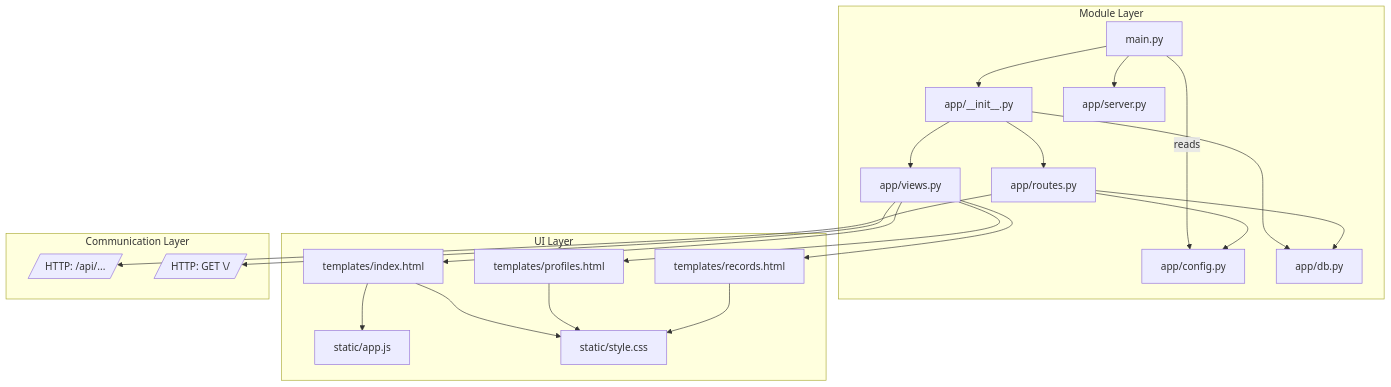
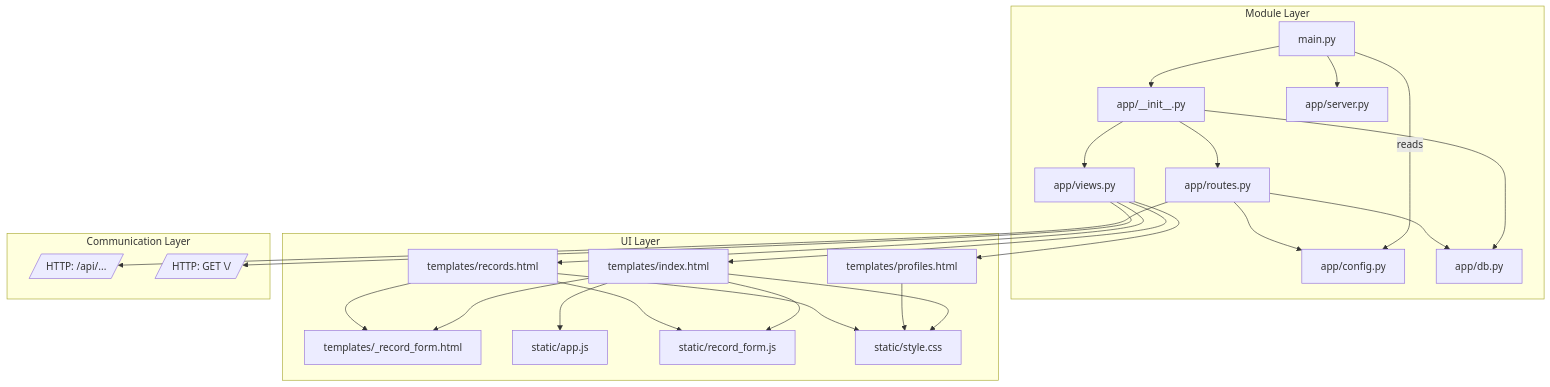
Before and after one commit to kittawat-thongpud/SSH_log_tools: the diagram in docs/module-architecture.md, drawn with Mermaid. The commit also changed 7 other files, not shown here.

Commit message:
refactor: extract reusable record form

````diff
--- a/docs/module-architecture.md
+++ b/docs/module-architecture.md
@@ -14,44 +14,50 @@
 ```mermaid
 graph TD
   subgraph Module Layer
     A[main.py]
     B[app/__init__.py]
     C[app/server.py]
     D[app/config.py]
     E[app/routes.py]
     F[app/views.py]
     G[app/db.py]
   end
 
   subgraph UI Layer
     T[templates/index.html]
     TP[templates/profiles.html]
     TR[templates/records.html]
+    TF[templates/_record_form.html]
     S[static/app.js]
+    RF[static/record_form.js]
     CSS[static/style.css]
   end
 
   A --> B
   A --> C
   A -->|reads| D
   B --> E
   B --> F
   B --> G
   E --> D
   E --> G
   F --> T
   F --> TP
   F --> TR
   T --> S
+  T --> RF
+  TR --> RF
+  T --> TF
+  TR --> TF
   T --> CSS
   TP --> CSS
   TR --> CSS
 
   subgraph Communication Layer
     API[/HTTP: /api/.../]
     WEB[/HTTP: GET \//]
   end
 
   E --> API
   F --> WEB
 ```
````
